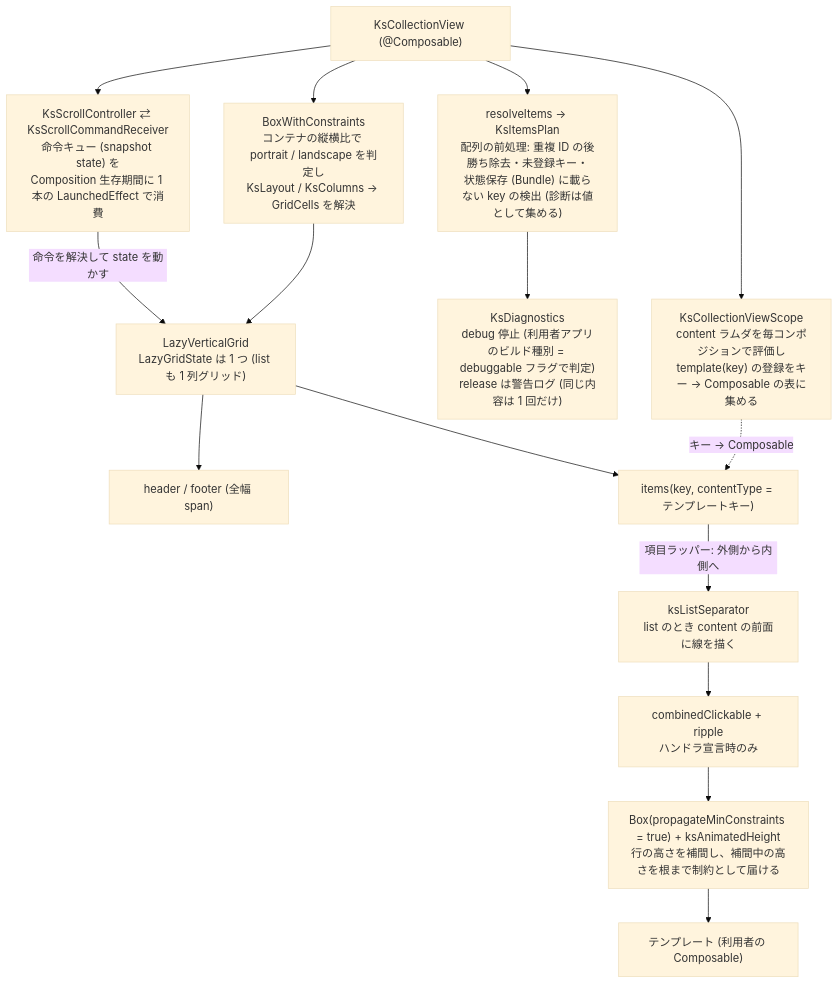
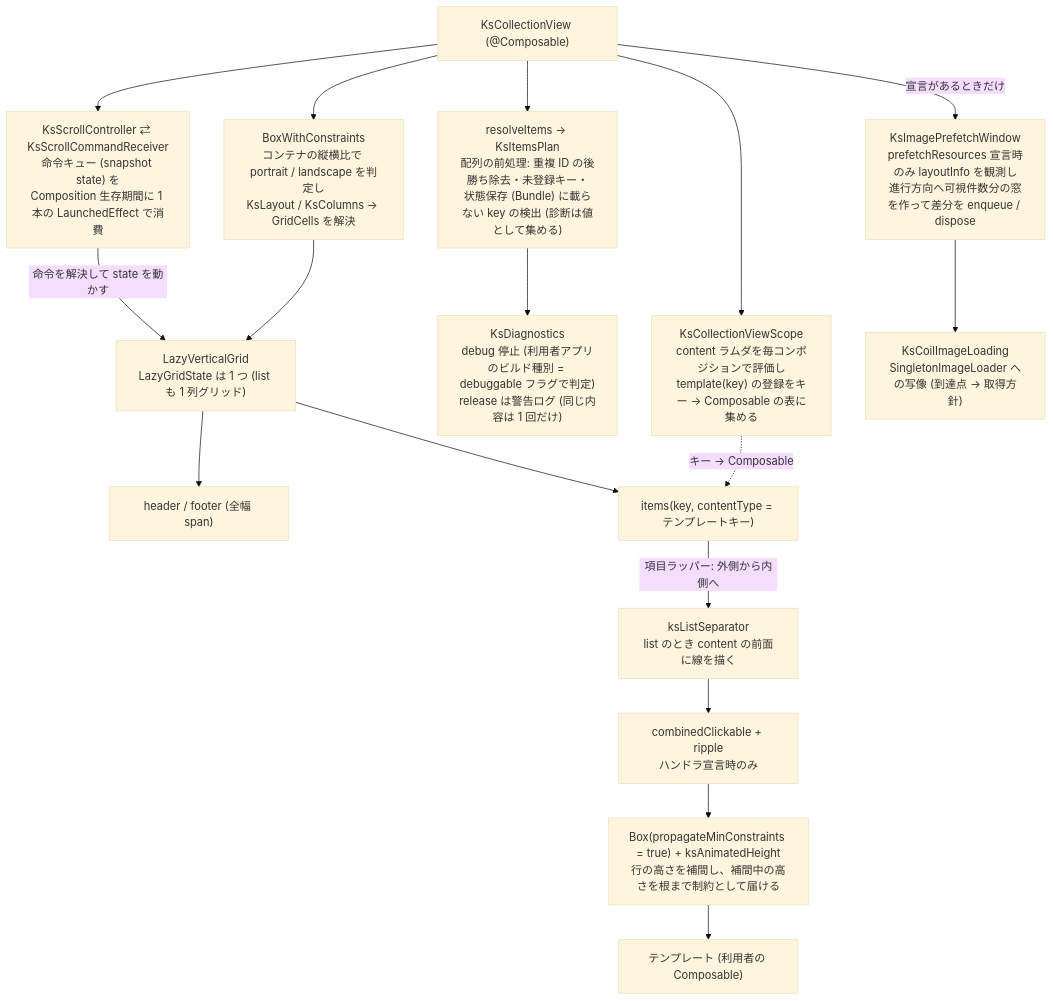
The diagram in kasane/concepts/android/architecture/compose-wrapper.md (kamusoft/KsCollectionView), drawn with Mermaid (base theme) before and after one commit. The commit also changed other lines of this file and 18 other files, not shown here.

First line of the commit message:
image-loading を蒸留 (archive は core/ADR-0012 の確定待ちで保留。android/ADR-0005 を accepted、concepts に image-loading を新設、handbook 3 本と lessons を追随)

````diff
--- a/kasane/concepts/android/architecture/compose-wrapper.md
+++ b/kasane/concepts/android/architecture/compose-wrapper.md
@@ -19,25 +19,28 @@
 ```mermaid
 flowchart TD
     KCV["KsCollectionView (@Composable)"]
     SCOPE["KsCollectionViewScope<br/>content ラムダを毎コンポジションで評価し<br/>template(key) の登録をキー → Composable の表に集める"]
     PLAN["resolveItems → KsItemsPlan<br/>配列の前処理: 重複 ID の後勝ち除去・未登録キー・<br/>状態保存 (Bundle) に載らない key の検出 (診断は値として集める)"]
     DIAG["KsDiagnostics<br/>debug 停止 (利用者アプリのビルド種別 = debuggable フラグで判定)<br/>release は警告ログ (同じ内容は 1 回だけ)"]
     BWC["BoxWithConstraints<br/>コンテナの縦横比で portrait / landscape を判定し<br/>KsLayout / KsColumns → GridCells を解決"]
     CTRL["KsScrollController ⇄ KsScrollCommandReceiver<br/>命令キュー (snapshot state) を<br/>Composition 生存期間に 1 本の LaunchedEffect で消費"]
     GRID["LazyVerticalGrid<br/>LazyGridState は 1 つ (list も 1 列グリッド)"]
     HF["header / footer (全幅 span)"]
     ITEMS["items(key, contentType = テンプレートキー)"]
     SEP["ksListSeparator<br/>list のとき content の前面に線を描く"]
     TAP["combinedClickable + ripple<br/>ハンドラ宣言時のみ"]
     BOX["Box(propagateMinConstraints = true) + ksAnimatedHeight<br/>行の高さを補間し、補間中の高さを根まで制約として届ける"]
     TPL["テンプレート (利用者の Composable)"]
+    PREFETCH["KsImagePrefetchWindow<br/>prefetchResources 宣言時のみ layoutInfo を観測し<br/>進行方向へ可視件数分の窓を作って差分を enqueue / dispose"]
+    COIL["KsCoilImageLoading<br/>SingletonImageLoader への写像 (到達点 → 取得方針)"]
 
     KCV --> SCOPE
+    KCV -- 宣言があるときだけ --> PREFETCH --> COIL
     KCV --> PLAN --> DIAG
     KCV --> BWC --> GRID
     KCV --> CTRL -- 命令を解決して state を動かす --> GRID
     SCOPE -. キー → Composable .-> ITEMS
     GRID --> HF
     GRID --> ITEMS
     ITEMS -- 項目ラッパー: 外側から内側へ --> SEP --> TAP --> BOX --> TPL
 ```
````
